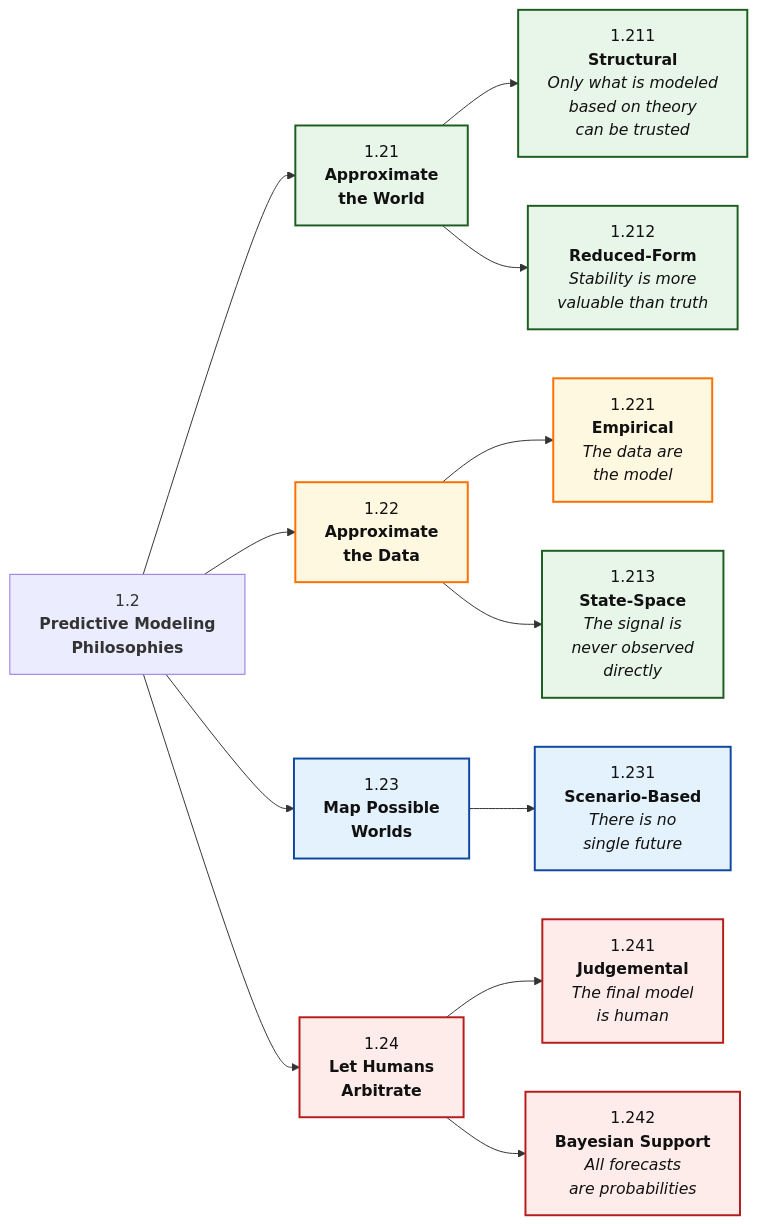
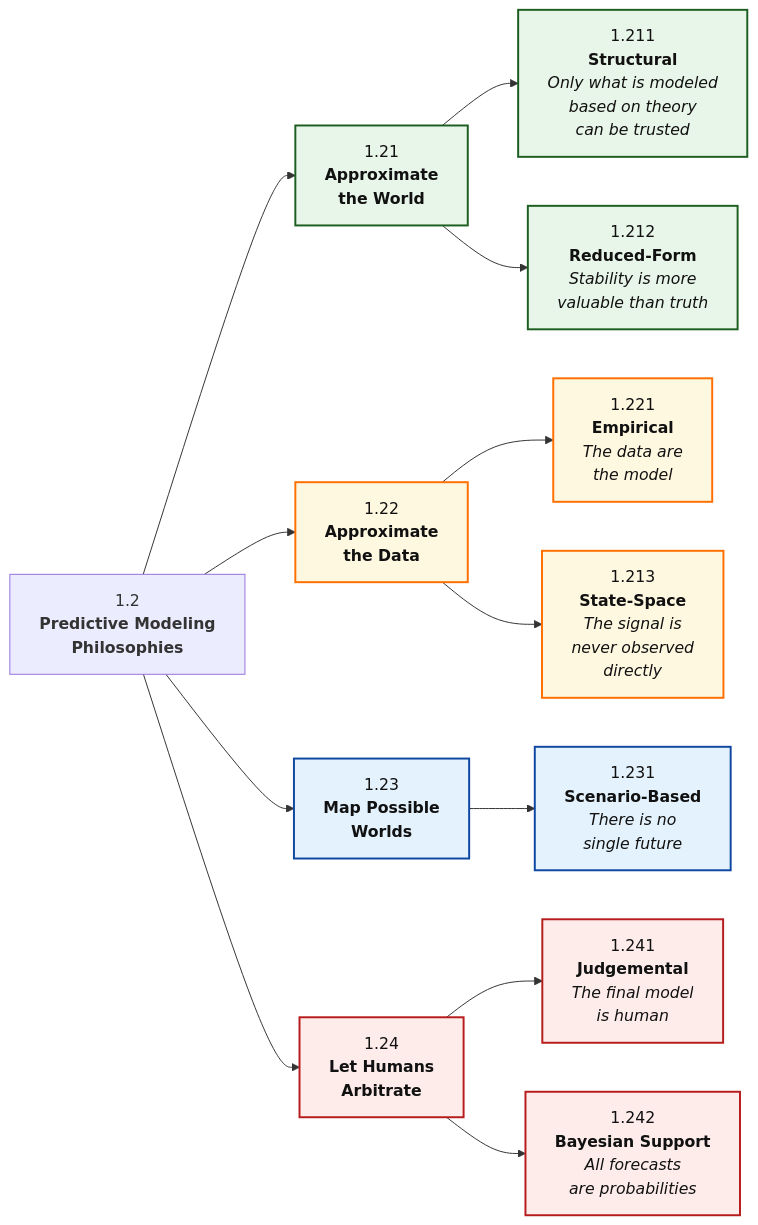
The diagram in articles-posts/predictive-modeling-philosophies.md (Tellusant/docs), drawn with Mermaid before and after one commit.

```diff
--- a/articles-posts/predictive-modeling-philosophies.md
+++ b/articles-posts/predictive-modeling-philosophies.md
@@ -12,42 +12,42 @@
 <div class="mermaid">
   
 flowchart LR
 
 %% ========= NODES =========
 P["`1.2<br/>**Predictive Modeling**<br/>**Philosophies**`"]:::none
 
 AW["`1.21<br/>**Approximate<br/>the World**`"]:::strong
 AD["`1.22<br/>**Approximate<br/>the Data**`"]:::mixed
 PW["`1.23<br/>**Map Possible<br/>Worlds**`"]:::neutral
 HA["`1.24<br/>**Let Humans<br/>Arbitrate**`"]:::risk
 
 STR["`1.211<br/>**Structural**<br/>*Only what is modeled<br/>based on theory<br/>can be trusted*`"]:::strong
 RED["`1.212<br/>**Reduced-Form**<br/>*Stability is more<br/>valuable than truth*`"]:::strong
-STA["`1.213<br/>**State-Space**<br/>*The signal is<br/>never observed<br/>directly*`"]:::strong
 EMP["`1.221<br/>**Empirical**<br/>*The data are<br/>the model*`"]:::mixed
+STA["`1.213<br/>**State-Space**<br/>*The signal is<br/>never observed<br/>directly*`"]:::mixed
 SCE["`1.231<br/>**Scenario-Based**<br/>*There is no<br/>single future*`"]:::neutral
 JUD["`1.241<br/>**Judgemental**<br/>*The final model<br/>is human*`"]:::risk
 BAY["`1.242<br/>**Bayesian Support**<br/>*All forecasts<br/>are probabilities*`"]:::risk
 
 %% ========= RELATIONSHIPS =========
 P --> AW
 P --> AD
 P --> PW
 P --> HA
 AW --> STR
 AW --> RED
 AD --> EMP
 AD --> STA
 PW --> SCE
 HA --> JUD
 HA --> BAY
 
 %% ========= STYLES =========
 classDef strong  fill:#E8F5E9,stroke:#1B5E20,stroke-width:2px,color:#111;
 classDef neutral fill:#E3F2FD,stroke:#0D47A1,stroke-width:2px,color:#111;
 classDef mixed   fill:#FFF8E1,stroke:#FF6F00,stroke-width:2px,color:#111;
 classDef risk    fill:#FDECEA,stroke:#B71C1C,stroke-width:2px,color:#111;
 classDef summary fill:#F5F5F5,stroke:#424242,stroke-width:2px,color:#111;
 classDef anchor fill:transparent,stroke:transparent;
 
 </div>
```
